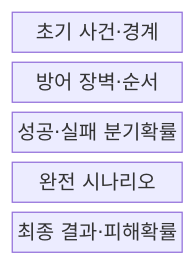
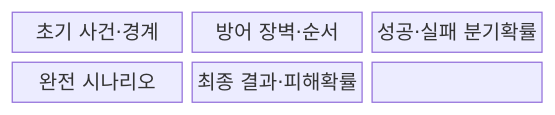
Before and after one commit to agnusdei1207/knowledge-base: the first of 2 diagrams in src/content/docs/notes/06-evaluation/027_event_tree_analysis.md, drawn with Mermaid. The commit also changed other lines of this file and 53 other files, not shown here.

````diff
--- a/src/content/docs/notes/06-evaluation/027_event_tree_analysis.md
+++ b/src/content/docs/notes/06-evaluation/027_event_tree_analysis.md
@@ -58,9 +58,11 @@
 ```mermaid
 block-beta
-  columns 1
+  columns 3
   I["초기 사건·경계"]
   B["방어 장벽·순서"]
   P["성공·실패 분기확률"]
   S["완전 시나리오"]
   C["최종 결과·피해확률"]
+  I --- B --- P
+  P --- S --- C
 ```
````
